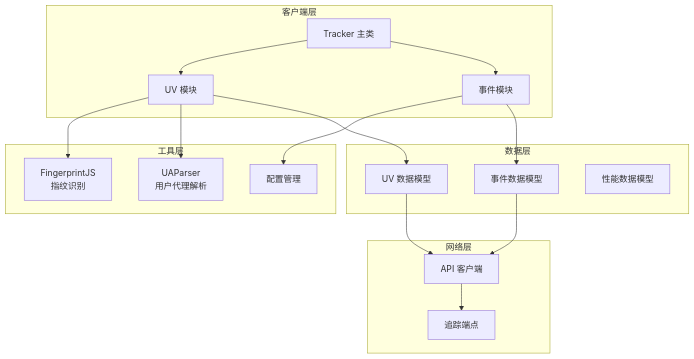
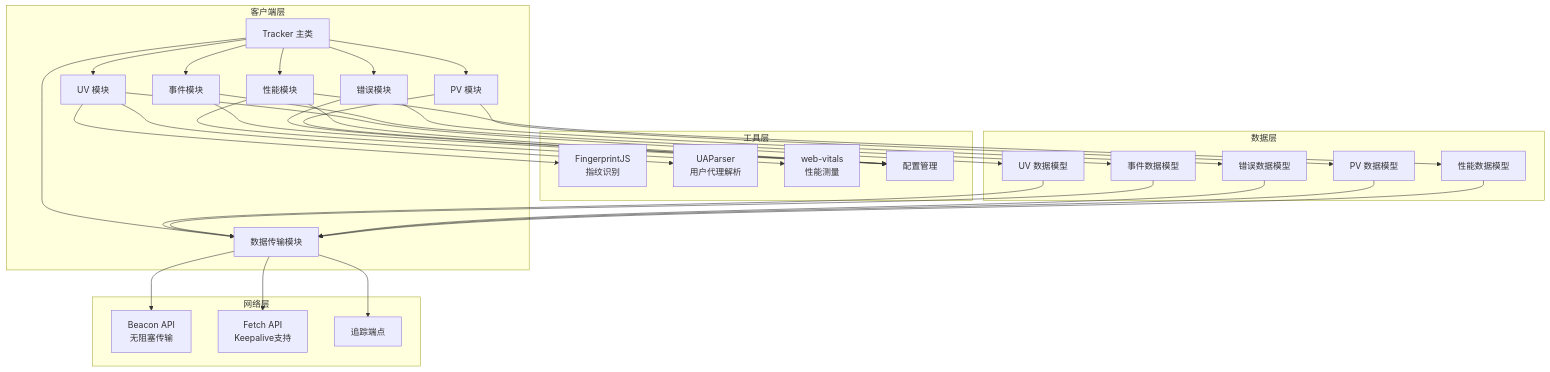
One commit to LihaoZDB/English-Study changed the second of 15 diagrams in .qoder/repowiki/zh/content/分析跟踪模块.md. Above: the diagram before and after it, drawn with Mermaid. The commit also changed other lines of this file and 5 other files, not shown here.

````diff
--- a/.qoder/repowiki/zh/content/分析跟踪模块.md
+++ b/.qoder/repowiki/zh/content/分析跟踪模块.md
@@ -95,32 +121,56 @@
 ```mermaid
 graph TB
 subgraph "客户端层"
 Tracker[Tracker 主类]
 UVModule[UV 模块]
 EventModule[事件模块]
+ErrorModule[错误模块]
+PVModule[PV 模块]
+PerfModule[性能模块]
+ReportModule[数据传输模块]
 end
 subgraph "工具层"
 Fingerprint[FingerprintJS<br/>指纹识别]
 UA[UAParser<br/>用户代理解析]
+WebVitals[web-vitals<br/>性能测量]
 Config[配置管理]
 end
 subgraph "数据层"
 UVData[UV 数据模型]
 EventData[事件数据模型]
+ErrorData[错误数据模型]
+PVData[PV 数据模型]
 PerfData[性能数据模型]
 end
 subgraph "网络层"
-APIClient[API 客户端]
+Beacon[Beacon API<br/>无阻塞传输]
+Fetch[Fetch API<br/>Keepalive支持]
 Endpoints[追踪端点]
 end
 Tracker --> UVModule
 Tracker --> EventModule
+Tracker --> ErrorModule
+Tracker --> PVModule
+Tracker --> PerfModule
+Tracker --> ReportModule
 UVModule --> Fingerprint
 UVModule --> UA
 EventModule --> Config
+ErrorModule --> Config
+PVModule --> Config
+PerfModule --> WebVitals
+PerfModule --> Config
+ReportModule --> Beacon
+ReportModule --> Fetch
 UVModule --> UVData
 EventModule --> EventData
-UVData --> APIClient
-EventData --> APIClient
-APIClient --> Endpoints
+ErrorModule --> ErrorData
+PVModule --> PVData
+PerfModule --> PerfData
+UVData --> ReportModule
+EventData --> ReportModule
+ErrorData --> ReportModule
+PVData --> ReportModule
+PerfData --> ReportModule
+ReportModule --> Endpoints
 ```
````
